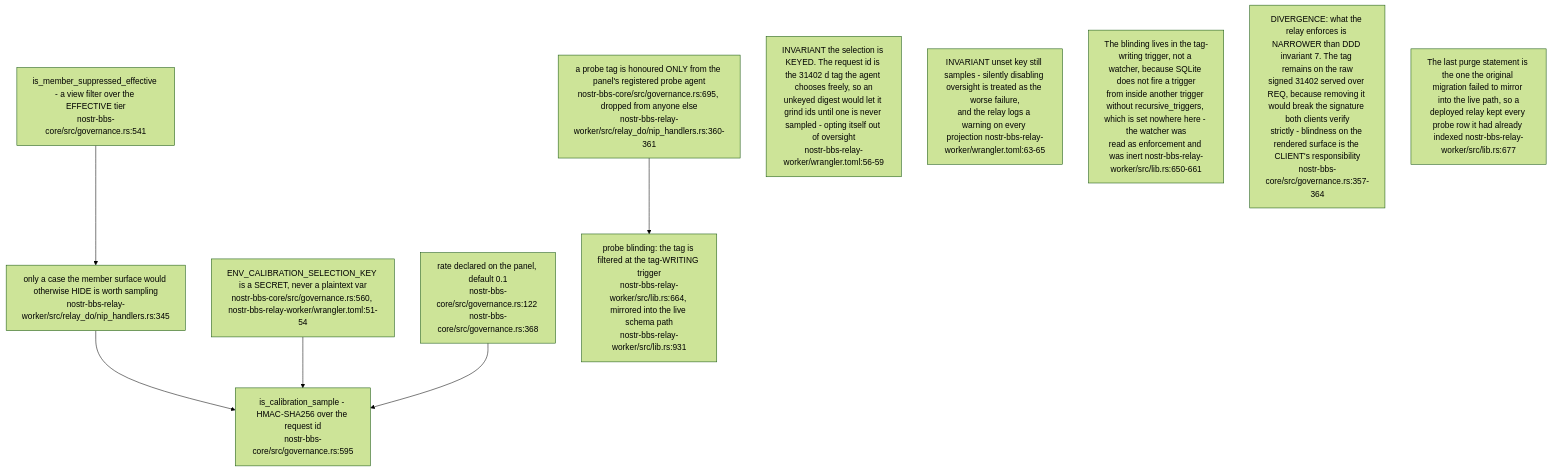
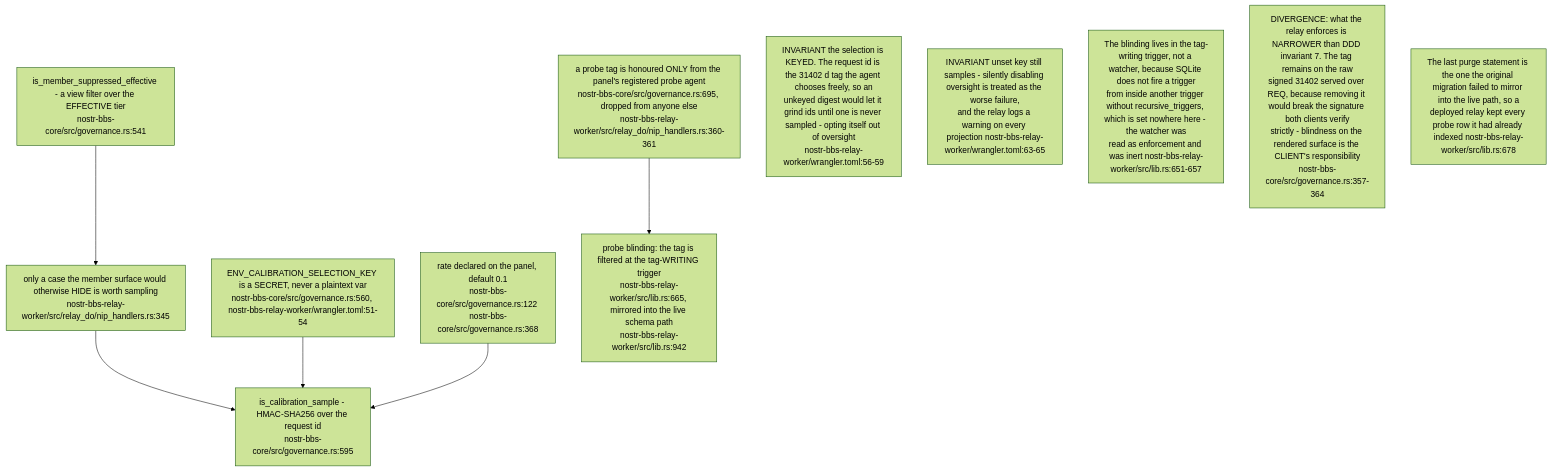
Before and after one commit to DreamLab-AI/VisionFlow: diagram 12 of 16 in docs/diagrams/nostr-rust-forum/06-agent-control-surface-31400-31405.md, drawn with Mermaid (forest theme). The commit also changed other lines of this file and 31 other files, not shown here.

````diff
--- a/docs/diagrams/nostr-rust-forum/06-agent-control-surface-31400-31405.md
+++ b/docs/diagrams/nostr-rust-forum/06-agent-control-surface-31400-31405.md
@@ -339,21 +340,21 @@
 ```mermaid
 flowchart TB
     SUP["is_member_suppressed_effective - a view filter over the EFFECTIVE tier<br/>nostr-bbs-core/src/governance.rs:541"]
     ONLY["only a case the member surface would otherwise HIDE is worth sampling<br/>nostr-bbs-relay-worker/src/relay_do/nip_handlers.rs:345"]
     CAL["is_calibration_sample - HMAC-SHA256 over the request id<br/>nostr-bbs-core/src/governance.rs:595"]
     KEY["ENV_CALIBRATION_SELECTION_KEY is a SECRET, never a plaintext var<br/>nostr-bbs-core/src/governance.rs:560, nostr-bbs-relay-worker/wrangler.toml:51-54"]
     RATE["rate declared on the panel, default 0.1<br/>nostr-bbs-core/src/governance.rs:122 nostr-bbs-core/src/governance.rs:368"]
     PROBE["a probe tag is honoured ONLY from the panel's registered probe agent<br/>nostr-bbs-core/src/governance.rs:695, dropped from anyone else<br/>nostr-bbs-relay-worker/src/relay_do/nip_handlers.rs:360-361"]
-    BLIND["probe blinding: the tag is filtered at the tag-WRITING trigger<br/>nostr-bbs-relay-worker/src/lib.rs:664, mirrored into the live schema path<br/>nostr-bbs-relay-worker/src/lib.rs:931"]
+    BLIND["probe blinding: the tag is filtered at the tag-WRITING trigger<br/>nostr-bbs-relay-worker/src/lib.rs:665, mirrored into the live schema path<br/>nostr-bbs-relay-worker/src/lib.rs:942"]
 
     SUP --> ONLY --> CAL
     KEY --> CAL
     RATE --> CAL
     PROBE --> BLIND
 
     N1["INVARIANT the selection is KEYED. The request id is the 31402 d tag the agent chooses freely, so an<br/>unkeyed digest would let it grind ids until one is never sampled - opting itself out of oversight<br/>nostr-bbs-relay-worker/wrangler.toml:56-59"]
     N2["INVARIANT unset key still samples - silently disabling oversight is treated as the worse failure,<br/>and the relay logs a warning on every projection nostr-bbs-relay-worker/wrangler.toml:63-65"]
-    N3["The blinding lives in the tag-writing trigger, not a watcher, because SQLite does not fire a trigger<br/>from inside another trigger without recursive_triggers, which is set nowhere here - the watcher was<br/>read as enforcement and was inert nostr-bbs-relay-worker/src/lib.rs:650-661"]
+    N3["The blinding lives in the tag-writing trigger, not a watcher, because SQLite does not fire a trigger<br/>from inside another trigger without recursive_triggers, which is set nowhere here - the watcher was<br/>read as enforcement and was inert nostr-bbs-relay-worker/src/lib.rs:651-657"]
     N4["DIVERGENCE: what the relay enforces is NARROWER than DDD invariant 7. The tag remains on the raw<br/>signed 31402 served over REQ, because removing it would break the signature both clients verify<br/>strictly - blindness on the rendered surface is the CLIENT's responsibility<br/>nostr-bbs-core/src/governance.rs:357-364"]
-    N5["The last purge statement is the one the original migration failed to mirror into the live path, so a<br/>deployed relay kept every probe row it had already indexed nostr-bbs-relay-worker/src/lib.rs:677"]
+    N5["The last purge statement is the one the original migration failed to mirror into the live path, so a<br/>deployed relay kept every probe row it had already indexed nostr-bbs-relay-worker/src/lib.rs:678"]
 ```
````
